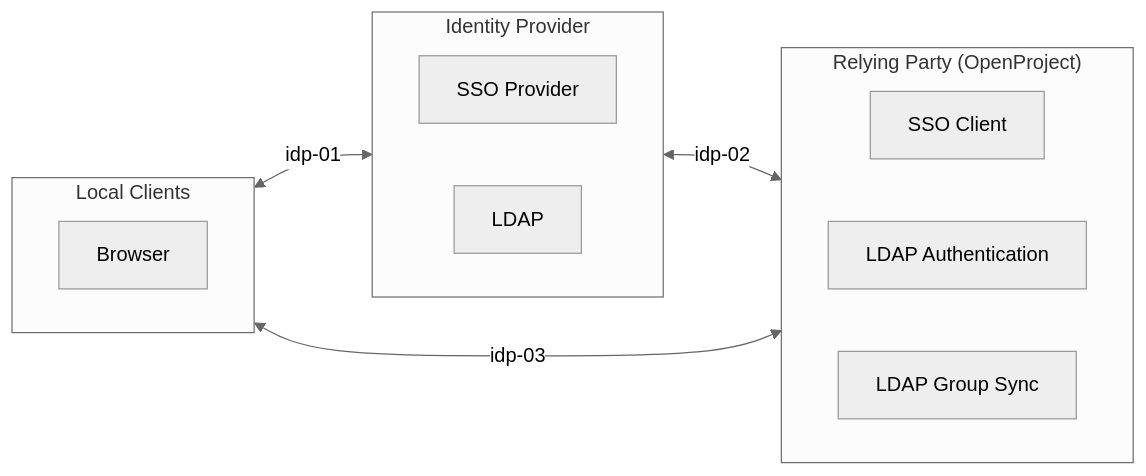
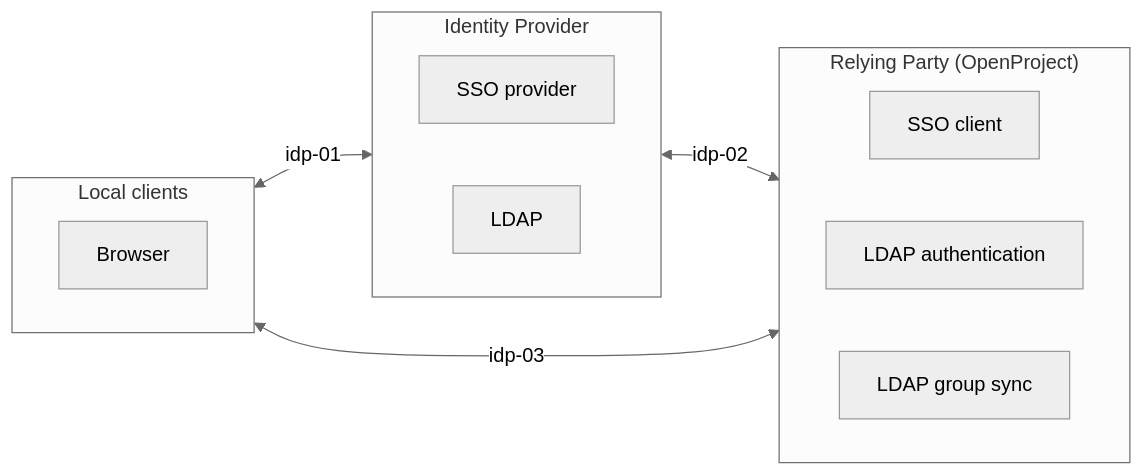
Before and after one commit to opf/openproject: the second of 7 diagrams in docs/development/data-flow/README.md, drawn with Mermaid. The commit also changed other lines of this file, not shown here.

Commit message:
Adding api integrations to the data flow docs and minor harmonizations

````diff
--- a/docs/development/data-flow/README.md
+++ b/docs/development/data-flow/README.md
@@ -259,28 +259,28 @@
 ```mermaid
 %%{init: {'theme':'neutral'}}%%
 flowchart LR
   Browser <-->|idp-01| IDP
   IDP <-->|idp-02| openproject[OpenProject]
   Browser <-->|idp-03| openproject
   
   subgraph IDP[Identity Provider]
    direction LR
-  	ssoprovider[SSO Provider]
+  	ssoprovider[SSO provider]
   	LDAP
   
   end
   
   subgraph openproject["Relying Party (OpenProject) "]
    direction LR
-  	ssoclient[SSO Client]
-  	ldapauthentication[LDAP Authentication]
-  	ldapgroupsync[LDAP Group Sync]
+  	ssoclient[SSO client]
+  	ldapauthentication[LDAP authentication]
+  	ldapgroupsync[LDAP group sync]
   	
 	end
 
-  subgraph localclients[Local Clients]
+  subgraph localclients[Local clients]
    direction LR
   	Browser
   	end
   
 ```
````
